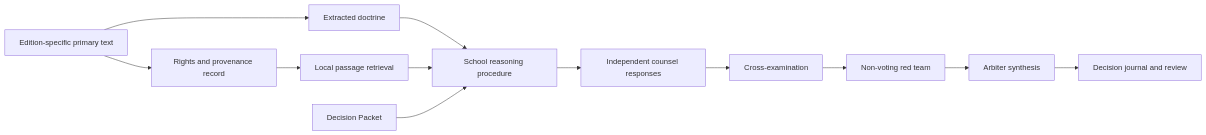
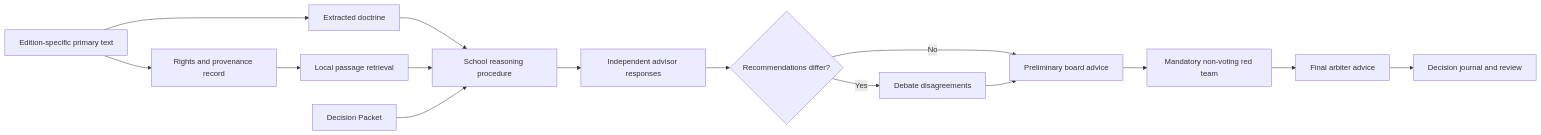
Before and after one commit to hughmann-dg/phronesis: the diagram in docs/architecture.md, drawn with Mermaid. The commit also changed other lines of this file and 10 other files, not shown here.

````diff
--- a/docs/architecture.md
+++ b/docs/architecture.md
@@ -5,14 +5,17 @@
 ```mermaid
 flowchart LR
     A["Edition-specific primary text"] --> B["Rights and provenance record"]
     B --> C["Local passage retrieval"]
     A --> D["Extracted doctrine"]
     D --> E["School reasoning procedure"]
     C --> E
     P["Decision Packet"] --> E
-    E --> F["Independent counsel responses"]
-    F --> G["Cross-examination"]
-    G --> H["Non-voting red team"]
-    H --> I["Arbiter synthesis"]
-    I --> J["Decision journal and review"]
+    E --> F["Independent advisor responses"]
+    F --> G{"Recommendations differ?"}
+    G -->|"Yes"| H["Debate disagreements"]
+    G -->|"No"| I["Preliminary board advice"]
+    H --> I
+    I --> J["Mandatory non-voting red team"]
+    J --> K["Final arbiter advice"]
+    K --> L["Decision journal and review"]
 ```
````
